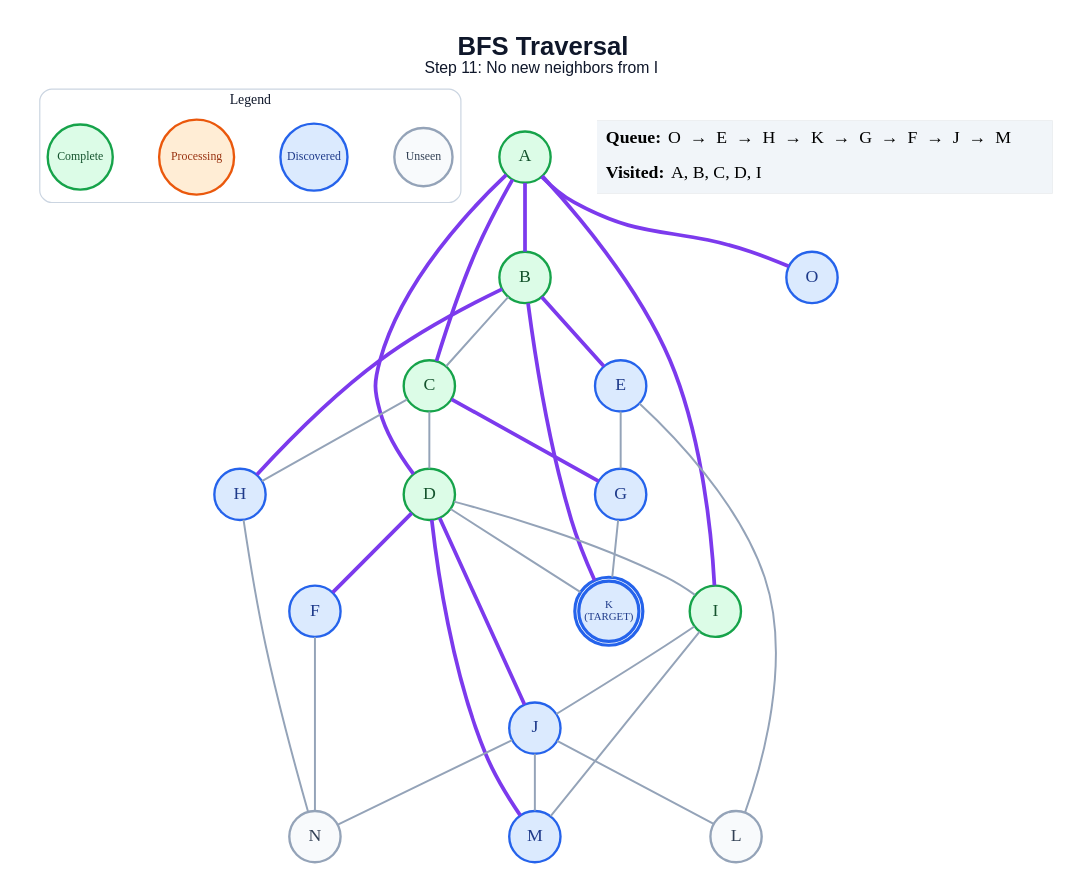
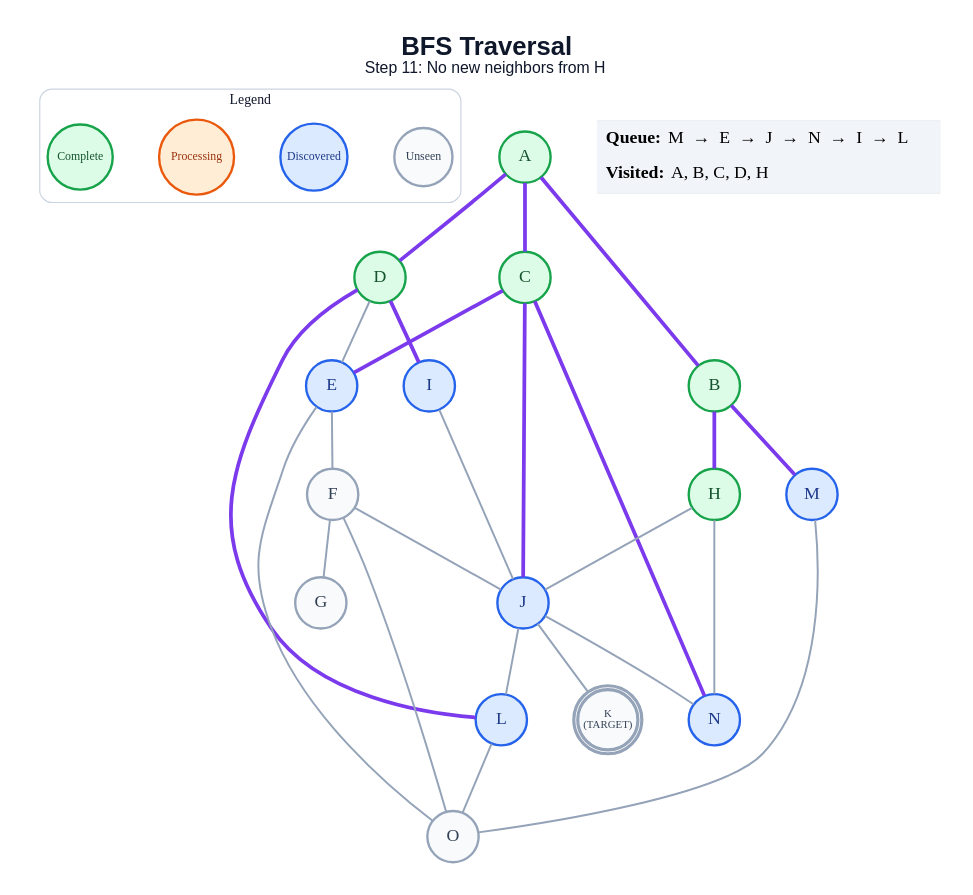
Before and after one commit to anon7238593-create/ai-slop: the diagram in generated/specific-node/bfs/step_11.dot, drawn with Graphviz. The commit also changed 272 other files, not shown here.

```diff
--- a/generated/specific-node/bfs/step_11.dot
+++ b/generated/specific-node/bfs/step_11.dot
@@ -1,61 +1,58 @@
 graph traversal {
   graph [layout=dot, rankdir=TB, bgcolor="#FFFFFF", pad="0.35", nodesep="0.65", ranksep="0.8", fontname="Arial"];
   node [shape=circle, style="filled", fontname="Arial Bold", fontsize=18, width=0.72, fixedsize=true, penwidth=2.4];
   edge [color="#94A3B8", penwidth=2.0];
-  label=<<B>BFS Traversal</B><BR/><FONT POINT-SIZE="16">Step 11: No new neighbors from I</FONT>>; labelloc="t"; fontsize=26; fontname="Arial"; fontcolor="#0F172A";
+  label=<<B>BFS Traversal</B><BR/><FONT POINT-SIZE="16">Step 11: No new neighbors from H</FONT>>; labelloc="t"; fontsize=26; fontname="Arial"; fontcolor="#0F172A";
   subgraph cluster_legend { label="Legend"; color="#CBD5E1"; penwidth=1.2; style="rounded"; fontsize=14; fontname="Arial Bold";
     key_unseen [label="Unseen", fillcolor="#F8FAFC", color="#94A3B8", fontcolor="#334155", fontsize=12, width=0.82];
     key_frontier [label="Discovered", fillcolor="#DBEAFE", color="#2563EB", fontcolor="#1E3A8A", fontsize=12, width=0.95];
     key_current [label="Processing", fillcolor="#FFEDD5", color="#EA580C", fontcolor="#9A3412", fontsize=12, width=1.05];
     key_done [label="Complete", fillcolor="#DCFCE7", color="#16A34A", fontcolor="#14532D", fontsize=12, width=0.92];
     { rank=same; key_unseen; key_frontier; key_current; key_done; }
   }
   A [label="A", fillcolor="#DCFCE7", color="#16A34A", fontcolor="#14532D", peripheries=1, penwidth=2.4];
   B [label="B", fillcolor="#DCFCE7", color="#16A34A", fontcolor="#14532D", peripheries=1, penwidth=2.4];
   C [label="C", fillcolor="#DCFCE7", color="#16A34A", fontcolor="#14532D", peripheries=1, penwidth=2.4];
   D [label="D", fillcolor="#DCFCE7", color="#16A34A", fontcolor="#14532D", peripheries=1, penwidth=2.4];
   E [label="E", fillcolor="#DBEAFE", color="#2563EB", fontcolor="#1E3A8A", peripheries=1, penwidth=2.4];
-  F [label="F", fillcolor="#DBEAFE", color="#2563EB", fontcolor="#1E3A8A", peripheries=1, penwidth=2.4];
-  G [label="G", fillcolor="#DBEAFE", color="#2563EB", fontcolor="#1E3A8A", peripheries=1, penwidth=2.4];
-  H [label="H", fillcolor="#DBEAFE", color="#2563EB", fontcolor="#1E3A8A", peripheries=1, penwidth=2.4];
-  I [label="I", fillcolor="#DCFCE7", color="#16A34A", fontcolor="#14532D", peripheries=1, penwidth=2.4];
+  F [label="F", fillcolor="#F8FAFC", color="#94A3B8", fontcolor="#334155", peripheries=1, penwidth=2.4];
+  G [label="G", fillcolor="#F8FAFC", color="#94A3B8", fontcolor="#334155", peripheries=1, penwidth=2.4];
+  H [label="H", fillcolor="#DCFCE7", color="#16A34A", fontcolor="#14532D", peripheries=1, penwidth=2.4];
+  I [label="I", fillcolor="#DBEAFE", color="#2563EB", fontcolor="#1E3A8A", peripheries=1, penwidth=2.4];
   J [label="J", fillcolor="#DBEAFE", color="#2563EB", fontcolor="#1E3A8A", peripheries=1, penwidth=2.4];
-  K [label="K\n(TARGET)", fillcolor="#DBEAFE", color="#2563EB", fontcolor="#1E3A8A", peripheries=2, penwidth=3.2, fontsize=11, width=0.85, height=0.85];
-  L [label="L", fillcolor="#F8FAFC", color="#94A3B8", fontcolor="#334155", peripheries=1, penwidth=2.4];
+  K [label="K\n(TARGET)", fillcolor="#F8FAFC", color="#94A3B8", fontcolor="#334155", peripheries=2, penwidth=3.2, fontsize=11, width=0.85, height=0.85];
+  L [label="L", fillcolor="#DBEAFE", color="#2563EB", fontcolor="#1E3A8A", peripheries=1, penwidth=2.4];
   M [label="M", fillcolor="#DBEAFE", color="#2563EB", fontcolor="#1E3A8A", peripheries=1, penwidth=2.4];
-  N [label="N", fillcolor="#F8FAFC", color="#94A3B8", fontcolor="#334155", peripheries=1, penwidth=2.4];
-  O [label="O", fillcolor="#DBEAFE", color="#2563EB", fontcolor="#1E3A8A", peripheries=1, penwidth=2.4];
+  N [label="N", fillcolor="#DBEAFE", color="#2563EB", fontcolor="#1E3A8A", peripheries=1, penwidth=2.4];
+  O [label="O", fillcolor="#F8FAFC", color="#94A3B8", fontcolor="#334155", peripheries=1, penwidth=2.4];
   A -- B [color="#7C3AED", penwidth=3.8];
   A -- C [color="#7C3AED", penwidth=3.8];
   A -- D [color="#7C3AED", penwidth=3.8];
-  A -- I [color="#7C3AED", penwidth=3.8];
-  A -- O [color="#7C3AED", penwidth=3.8];
-  B -- C;
-  B -- E [color="#7C3AED", penwidth=3.8];
   B -- H [color="#7C3AED", penwidth=3.8];
-  B -- K [color="#7C3AED", penwidth=3.8];
-  C -- D;
-  C -- G [color="#7C3AED", penwidth=3.8];
-  C -- H;
-  D -- F [color="#7C3AED", penwidth=3.8];
-  D -- I;
-  D -- J [color="#7C3AED", penwidth=3.8];
-  D -- K;
-  D -- M [color="#7C3AED", penwidth=3.8];
-  E -- G;
-  E -- L;
-  F -- N;
-  G -- K;
+  B -- M [color="#7C3AED", penwidth=3.8];
+  C -- E [color="#7C3AED", penwidth=3.8];
+  C -- J [color="#7C3AED", penwidth=3.8];
+  C -- N [color="#7C3AED", penwidth=3.8];
+  D -- E;
+  D -- I [color="#7C3AED", penwidth=3.8];
+  D -- L [color="#7C3AED", penwidth=3.8];
+  E -- F;
+  E -- O;
+  F -- G;
+  F -- J;
+  F -- O;
+  H -- J;
   H -- N;
   I -- J;
-  I -- M;
+  J -- K;
   J -- L;
-  J -- M;
   J -- N;
+  L -- O;
+  M -- O;
   status [shape=plain, fixedsize=false, width=0, height=0, margin=0, label=<
     <TABLE BORDER="0" CELLBORDER="0" CELLPADDING="7" BGCOLOR="#F1F5F9">
-      <TR><TD ALIGN="LEFT"><B>Queue:</B> O  →  E  →  H  →  K  →  G  →  F  →  J  →  M</TD></TR>
-      <TR><TD ALIGN="LEFT"><B>Visited:</B> A, B, C, D, I</TD></TR>
+      <TR><TD ALIGN="LEFT"><B>Queue:</B> M  →  E  →  J  →  N  →  I  →  L</TD></TR>
+      <TR><TD ALIGN="LEFT"><B>Visited:</B> A, B, C, D, H</TD></TR>
     </TABLE>
   >];
 }
```
